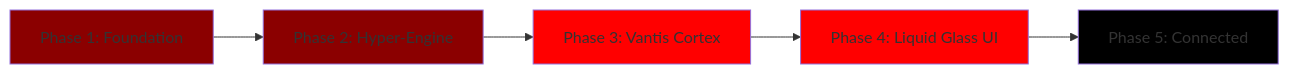
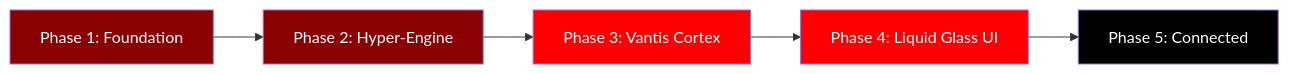
Before and after one commit to vantisCorp/Vantis-Media-Player: the second of 3 diagrams in README.md, drawn with Mermaid. The commit also changed other lines of this file, not shown here.

````diff
--- a/README.md
+++ b/README.md
@@ -70,13 +185,13 @@
 ```mermaid
 graph LR
     A[Phase 1: Foundation] --> B[Phase 2: Hyper-Engine]
     B --> C[Phase 3: Vantis Cortex]
     C --> D[Phase 4: Liquid Glass UI]
     D --> E[Phase 5: Connected]
     
-    style A fill:#8B0000
-    style B fill:#8B0000
-    style C fill:#FF0000
-    style D fill:#FF0000
-    style E fill:#000000
+    style A fill:#8B0000,color:white
+    style B fill:#8B0000,color:white
+    style C fill:#FF0000,color:white
+    style D fill:#FF0000,color:white
+    style E fill:#000000,color:white
 ```
````
